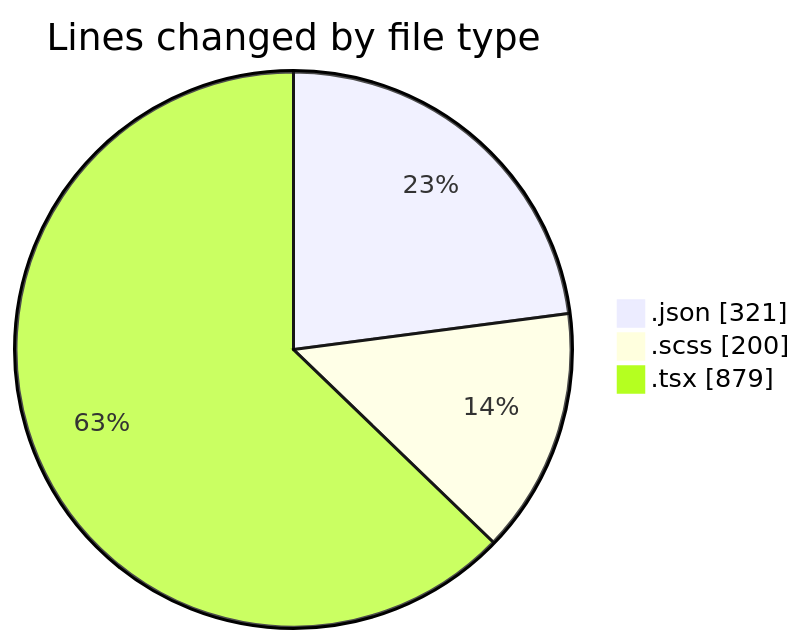
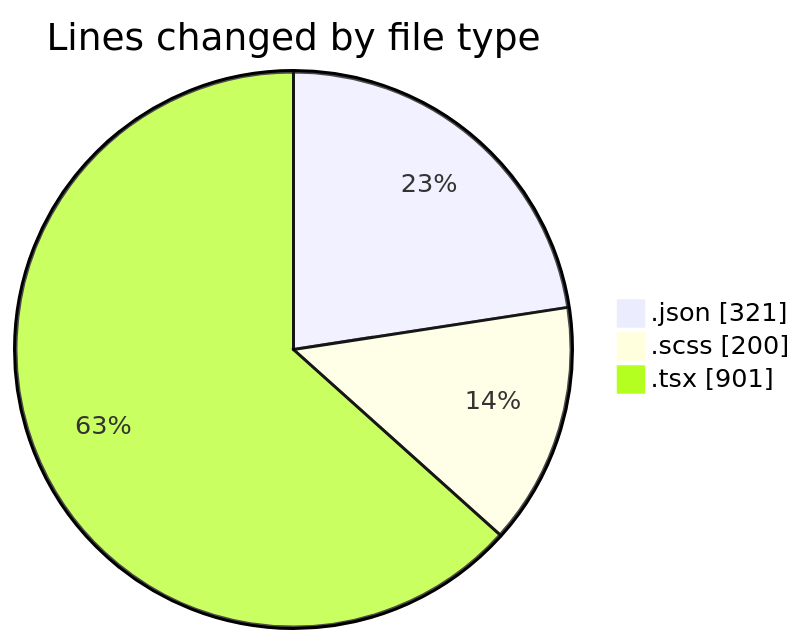
One commit to momahboobian/code-tracking changed the first of 2 diagrams in 2026-04-20/cda/README.md. Above: the diagram before and after it, drawn with Mermaid. The commit also changed other lines of this file and 1 other file, not shown here.

````diff
--- a/2026-04-20/cda/README.md
+++ b/2026-04-20/cda/README.md
@@ -27,7 +27,7 @@
 ```mermaid
 pie showData
 title Lines changed by file type
 ".json" : 321
 ".scss" : 200
-".tsx" : 879
+".tsx" : 901
 ```
````
